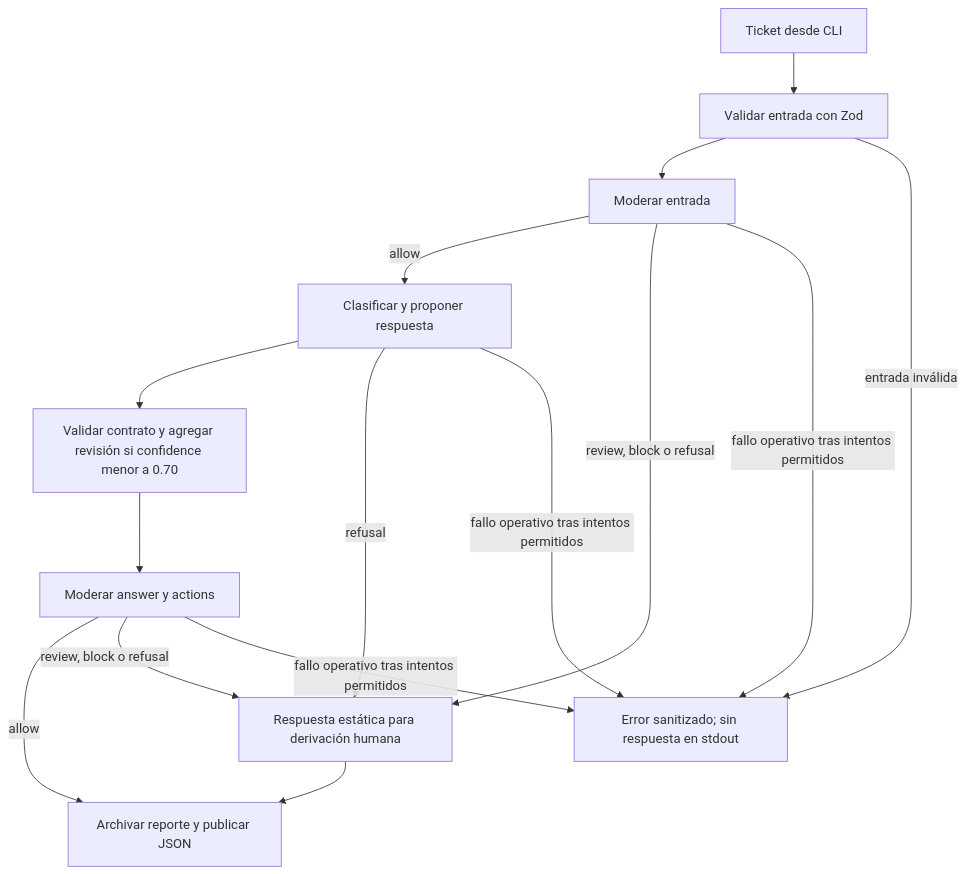
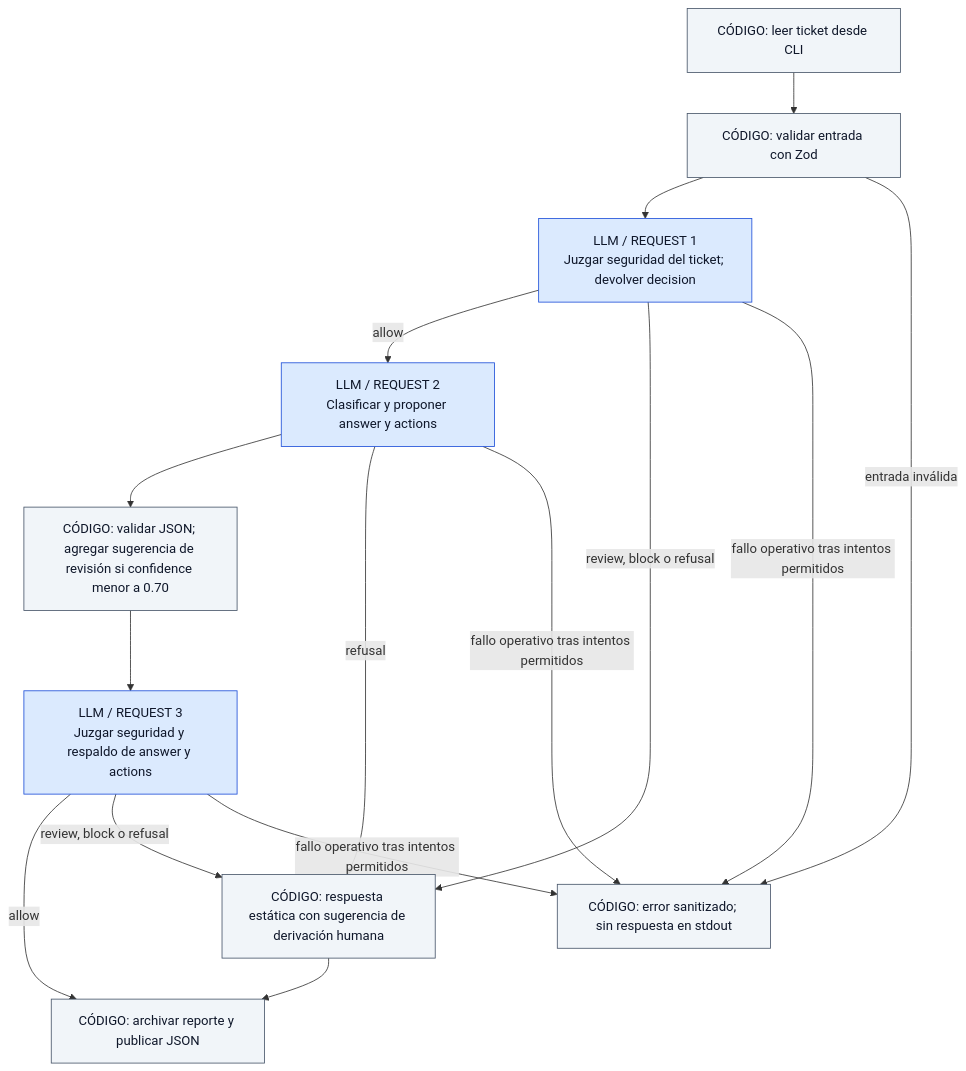
One commit to RobTangle/nubix-support-model changed the first of 4 diagrams in typescript-basic/README.md. Above: the diagram before and after it, drawn with Mermaid. The commit also changed other lines of this file and 1 other file, not shown here.

Commit message:
docs: distinguish LLM requests, local checks and human evaluation

````diff
--- a/typescript-basic/README.md
+++ b/typescript-basic/README.md
@@ -83,15 +87,18 @@
 ```mermaid
 flowchart TD
-  A["Ticket desde CLI"] --> B["Validar entrada con Zod"]
-  B --> C["Moderar entrada"]
-  C -->|allow| D["Clasificar y proponer respuesta"]
-  D --> E["Validar contrato y agregar revisión si confidence menor a 0.70"]
-  E --> F["Moderar answer y actions"]
-  F -->|allow| G["Archivar reporte y publicar JSON"]
-  C -->|review, block o refusal| H["Respuesta estática para derivación humana"]
+  A["CÓDIGO: leer ticket desde CLI"] --> B["CÓDIGO: validar entrada con Zod"]
+  B --> C["LLM / REQUEST 1<br/>Juzgar seguridad del ticket; devolver decision"]
+  C -->|allow| D["LLM / REQUEST 2<br/>Clasificar y proponer answer y actions"]
+  D --> E["CÓDIGO: validar JSON; agregar sugerencia de revisión si confidence menor a 0.70"]
+  E --> F["LLM / REQUEST 3<br/>Juzgar seguridad y respaldo de answer y actions"]
+  F -->|allow| G["CÓDIGO: archivar reporte y publicar JSON"]
+  C -->|review, block o refusal| H["CÓDIGO: respuesta estática con sugerencia de derivación humana"]
   F -->|review, block o refusal| H
   D -->|refusal| H
   H --> G
-  B -->|entrada inválida| I["Error sanitizado; sin respuesta en stdout"]
+  B -->|entrada inválida| I["CÓDIGO: error sanitizado; sin respuesta en stdout"]
   C & D & F -->|fallo operativo tras intentos permitidos| I
+  classDef default fill:#f1f5f9,stroke:#475569,color:#0f172a
+  classDef llm fill:#dbeafe,stroke:#1d4ed8,color:#0f172a
+  class C,D,F llm
 ```
````
